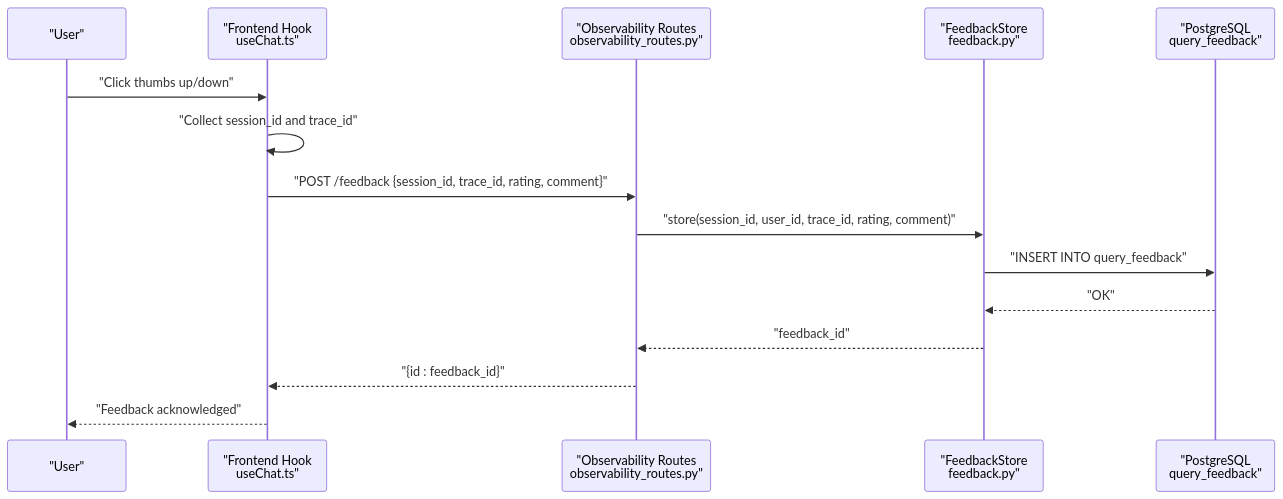
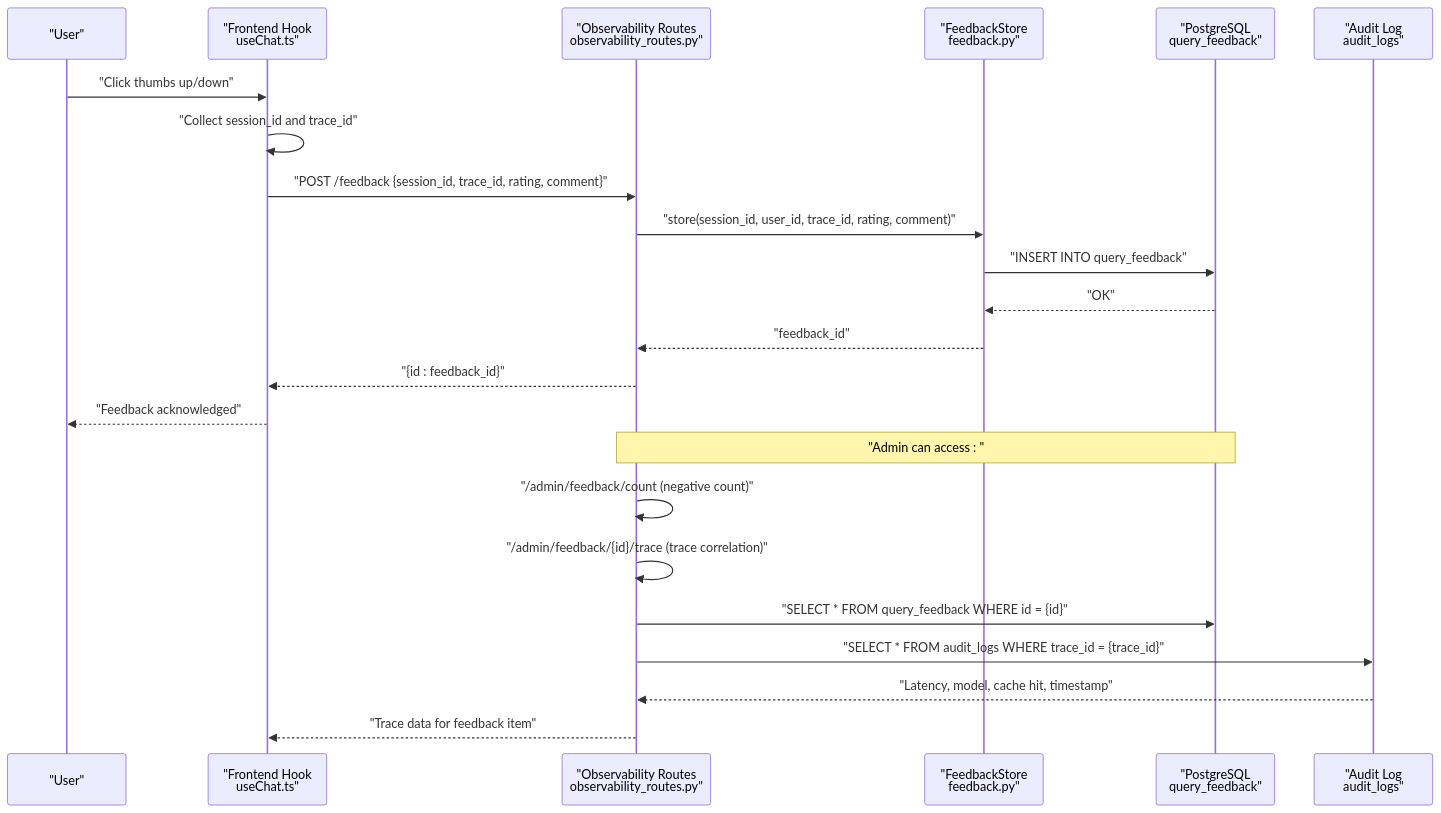
The second of 9 diagrams in .qoder/repowiki/en/content/Observability and Monitoring/Feedback Collection and Analytics.md (genes8/private-ai), drawn with Mermaid before and after one commit. The commit also changed other lines of this file and 12 other files, not shown here.

````diff
--- a/.qoder/repowiki/en/content/Observability and Monitoring/Feedback Collection and Analytics.md
+++ b/.qoder/repowiki/en/content/Observability and Monitoring/Feedback Collection and Analytics.md
@@ -86,17 +105,25 @@
 ```mermaid
 sequenceDiagram
 participant User as "User"
 participant FE as "Frontend Hook<br/>useChat.ts"
 participant API as "Observability Routes<br/>observability_routes.py"
 participant Store as "FeedbackStore<br/>feedback.py"
 participant DB as "PostgreSQL<br/>query_feedback"
+participant Audit as "Audit Log<br/>audit_logs"
 User->>FE : "Click thumbs up/down"
 FE->>FE : "Collect session_id and trace_id"
 FE->>API : "POST /feedback {session_id, trace_id, rating, comment}"
 API->>Store : "store(session_id, user_id, trace_id, rating, comment)"
 Store->>DB : "INSERT INTO query_feedback"
 DB-->>Store : "OK"
 Store-->>API : "feedback_id"
 API-->>FE : "{id : feedback_id}"
 FE-->>User : "Feedback acknowledged"
+Note over API,DB : "Admin can access : "
+API->>API : "/admin/feedback/count (negative count)"
+API->>API : "/admin/feedback/{id}/trace (trace correlation)"
+API->>DB : "SELECT * FROM query_feedback WHERE id = {id}"
+API->>Audit : "SELECT * FROM audit_logs WHERE trace_id = {trace_id}"
+Audit-->>API : "Latency, model, cache hit, timestamp"
+API-->>FE : "Trace data for feedback item"
 ```
````
